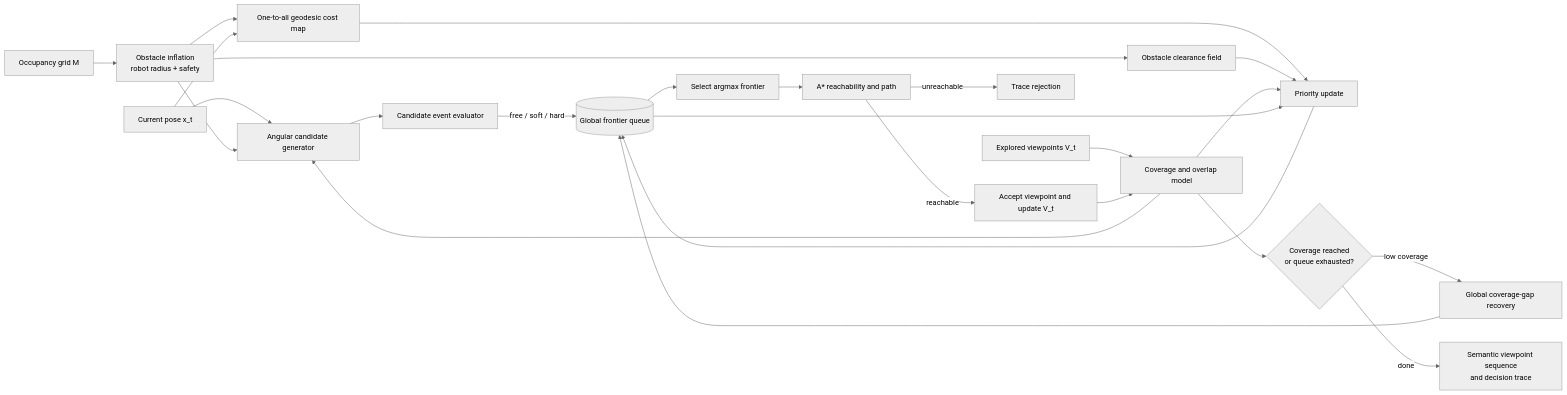
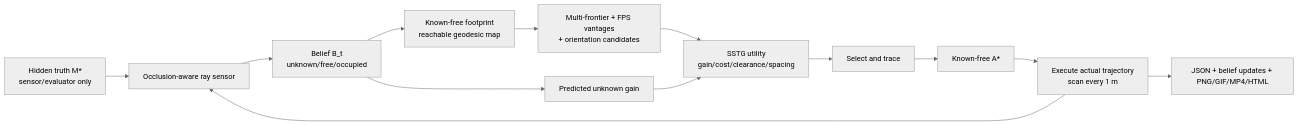
Before and after one commit to DaojiePENG/sstg-expl: the first of 2 diagrams in docs/PAPER_STRUCTURE.md, drawn with Mermaid (neutral theme). The commit also changed other lines of this file and 19 other files, not shown here.

Commit message:
feat: add occlusion-aware unknown-map benchmark

````diff
--- a/docs/PAPER_STRUCTURE.md
+++ b/docs/PAPER_STRUCTURE.md
@@ -28,27 +30,15 @@
 ```mermaid
 flowchart LR
-    M[Occupancy grid M] --> I[Obstacle inflation<br/>robot radius + safety]
-    P[Current pose x_t] --> A[Angular candidate generator]
-    I --> A
-    V[Explored viewpoints V_t] --> C[Coverage and overlap model]
-    C --> A
-    A --> E[Candidate event evaluator]
-    E -->|free / soft / hard| Q[(Global frontier queue)]
-    I --> G[One-to-all geodesic cost map]
-    P --> G
-    G --> S[Priority update]
-    I --> Z[Obstacle clearance field]
-    Z --> S
-    C --> S
-    Q --> S
-    S --> Q
-    Q --> X[Select argmax frontier]
-    X --> R[A* reachability and path]
-    R -->|reachable| U[Accept viewpoint and update V_t]
-    R -->|unreachable| T[Trace rejection]
-    U --> C
-    C --> D{Coverage reached<br/>or queue exhausted?}
-    D -->|low coverage| H[Global coverage-gap recovery]
-    H --> Q
-    D -->|done| O[Semantic viewpoint sequence<br/>and decision trace]
+    GT[Hidden truth M*<br/>sensor/evaluator only] --> S[Occlusion-aware ray sensor]
+    S --> B[Belief B_t<br/>unknown/free/occupied]
+    B --> K[Known-free footprint<br/>reachable geodesic map]
+    K --> C[Multi-frontier + FPS vantages<br/>+ orientation candidates]
+    B --> G[Predicted unknown gain]
+    C --> U[SSTG utility<br/>gain/cost/clearance/spacing]
+    G --> U
+    U --> X[Select and trace]
+    X --> A[Known-free A*]
+    A --> E[Execute actual trajectory<br/>scan every 1 m]
+    E --> S
+    E --> O[JSON + belief updates + PNG/GIF/MP4/HTML]
 ```
````
